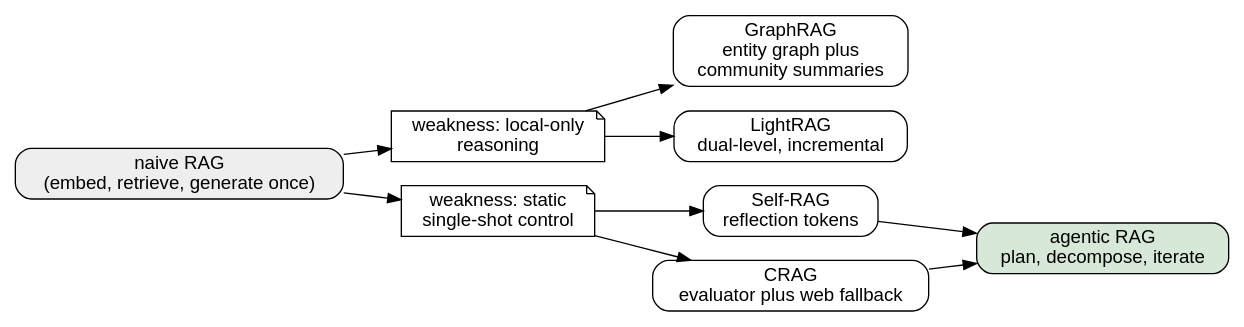
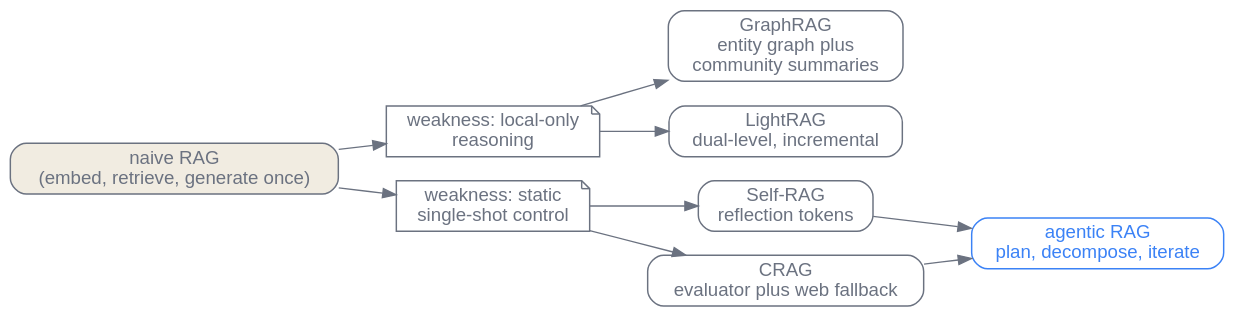
Before and after one commit to latere-ai/ai-as-an-infrastructure: the third of 3 diagrams in en/p5-orchestration/25-rag-retrieval.qmd, drawn with Graphviz. The commit also changed 186 other files, not shown here.

First line of the commit message:
book: visual audit pass on all diagrams and figures

````diff
--- a/en/p5-orchestration/25-rag-retrieval.qmd
+++ b/en/p5-orchestration/25-rag-retrieval.qmd
@@ -212,29 +212,30 @@
 ```{dot}
 //| label: fig-rag-evolution
 //| fig-cap: "How the field extends naive RAG. Each of the three structural weaknesses spawns a line of work, and the corrective controllers generalize into the agentic loop."
 digraph rag_evolution {
   rankdir=LR;
-  node [shape=box, style=rounded, fontname="Helvetica"];
-  edge [fontname="Helvetica"];
+  bgcolor="transparent";
+  node [shape=box, style=rounded, fontname="Helvetica", color="#6b7280", fontcolor="#6b7280", penwidth=1.1];
+  edge [color="#6b7280", fontcolor="#6b7280"];
 
-  naive [label="naive RAG\n(embed, retrieve, generate once)", style="rounded,filled", fillcolor="#eeeeee"];
+  naive [label="naive RAG\n(embed, retrieve, generate once)", style="rounded,filled", fillcolor="#f1ece1"];
 
   w1 [label="weakness: local-only\nreasoning", shape=note];
   w2 [label="weakness: static\nsingle-shot control", shape=note];
 
   graphrag [label="GraphRAG\nentity graph plus\ncommunity summaries"];
   lightrag [label="LightRAG\ndual-level, incremental"];
   selfrag [label="Self-RAG\nreflection tokens"];
   crag [label="CRAG\nevaluator plus web fallback"];
-  agentic [label="agentic RAG\nplan, decompose, iterate", style="rounded,filled", fillcolor="#d8e8d8"];
+  agentic [label="agentic RAG\nplan, decompose, iterate", color="#3b82f6", fontcolor="#3b82f6"];
 
   naive -> w1;
   naive -> w2;
   w1 -> graphrag;
   w1 -> lightrag;
   w2 -> selfrag;
   w2 -> crag;
   selfrag -> agentic;
   crag -> agentic;
 }
 ```
````
